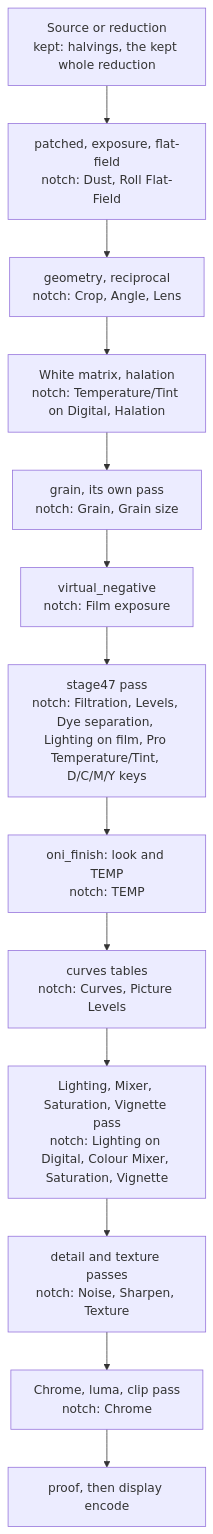
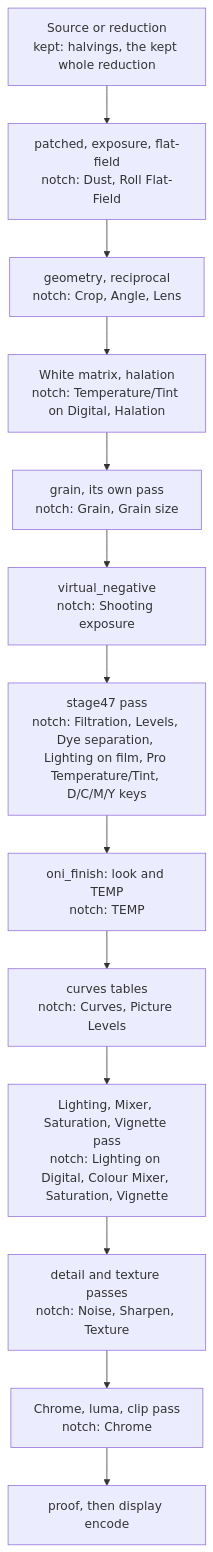
Before and after one commit to 5e1y/open-negative-initiative-rs: the fifth of 16 diagrams in docs/pipeline-map.md, drawn with Mermaid. The commit also changed other lines of this file and 11 other files, not shown here.

Commit message:
A digital photo's full scan made only past the preview's resolution, in bands, sharpened once the hand rests; Film exposure named Shooting exposure (#3873, #3874)

````diff
--- a/docs/pipeline-map.md
+++ b/docs/pipeline-map.md
@@ -200,17 +200,17 @@
 ```mermaid
 flowchart TD
   A["Source or reduction<br/>kept: halvings, the kept whole reduction"]
   B["patched, exposure, flat-field<br/>notch: Dust, Roll Flat-Field"]
   C["geometry, reciprocal<br/>notch: Crop, Angle, Lens"]
   D["White matrix, halation<br/>notch: Temperature/Tint on Digital, Halation"]
   E["grain, its own pass<br/>notch: Grain, Grain size"]
-  F["virtual_negative<br/>notch: Film exposure"]
+  F["virtual_negative<br/>notch: Shooting exposure"]
   G["stage47 pass<br/>notch: Filtration, Levels, Dye separation, Lighting on film, Pro Temperature/Tint, D/C/M/Y keys"]
   H["oni_finish: look and TEMP<br/>notch: TEMP"]
   I["curves tables<br/>notch: Curves, Picture Levels"]
   J["Lighting, Mixer, Saturation, Vignette pass<br/>notch: Lighting on Digital, Colour Mixer, Saturation, Vignette"]
   K["detail and texture passes<br/>notch: Noise, Sharpen, Texture"]
   L["Chrome, luma, clip pass<br/>notch: Chrome"]
   M["proof, then display encode"]
   A --> B --> C --> D --> E --> F --> G --> H --> I --> J --> K --> L --> M
 ```
````
